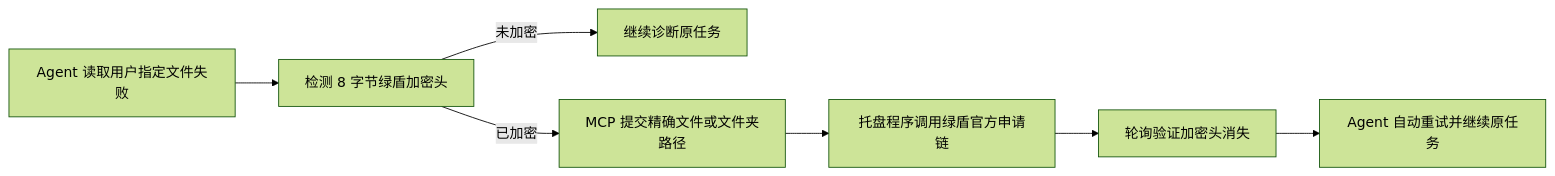
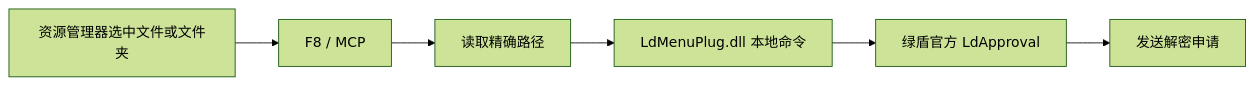
Before and after one commit to jedliuai/Tipray-GreenShield-Decryption-Assistant: the second of 2 diagrams in README.md, drawn with Mermaid (forest theme). The commit also changed other lines of this file and 18 other files, not shown here.

````diff
--- a/README.md
+++ b/README.md
@@ -127,9 +120,8 @@
 ```mermaid
 flowchart LR
-    A[Agent 读取用户指定文件失败] --> B[检测 8 字节绿盾加密头]
-    B -->|未加密| C[继续诊断原任务]
-    B -->|已加密| D[MCP 提交精确文件或文件夹路径]
-    D --> E[托盘程序调用绿盾官方申请链]
-    E --> F[轮询验证加密头消失]
-    F --> G[Agent 自动重试并继续原任务]
+    A[资源管理器选中文件或文件夹] --> B[F8 / MCP]
+    B --> C[读取精确路径]
+    C --> D[LdMenuPlug.dll 本地命令]
+    D --> E[绿盾官方 LdApproval]
+    E --> F[发送解密申请]
 ```
````
